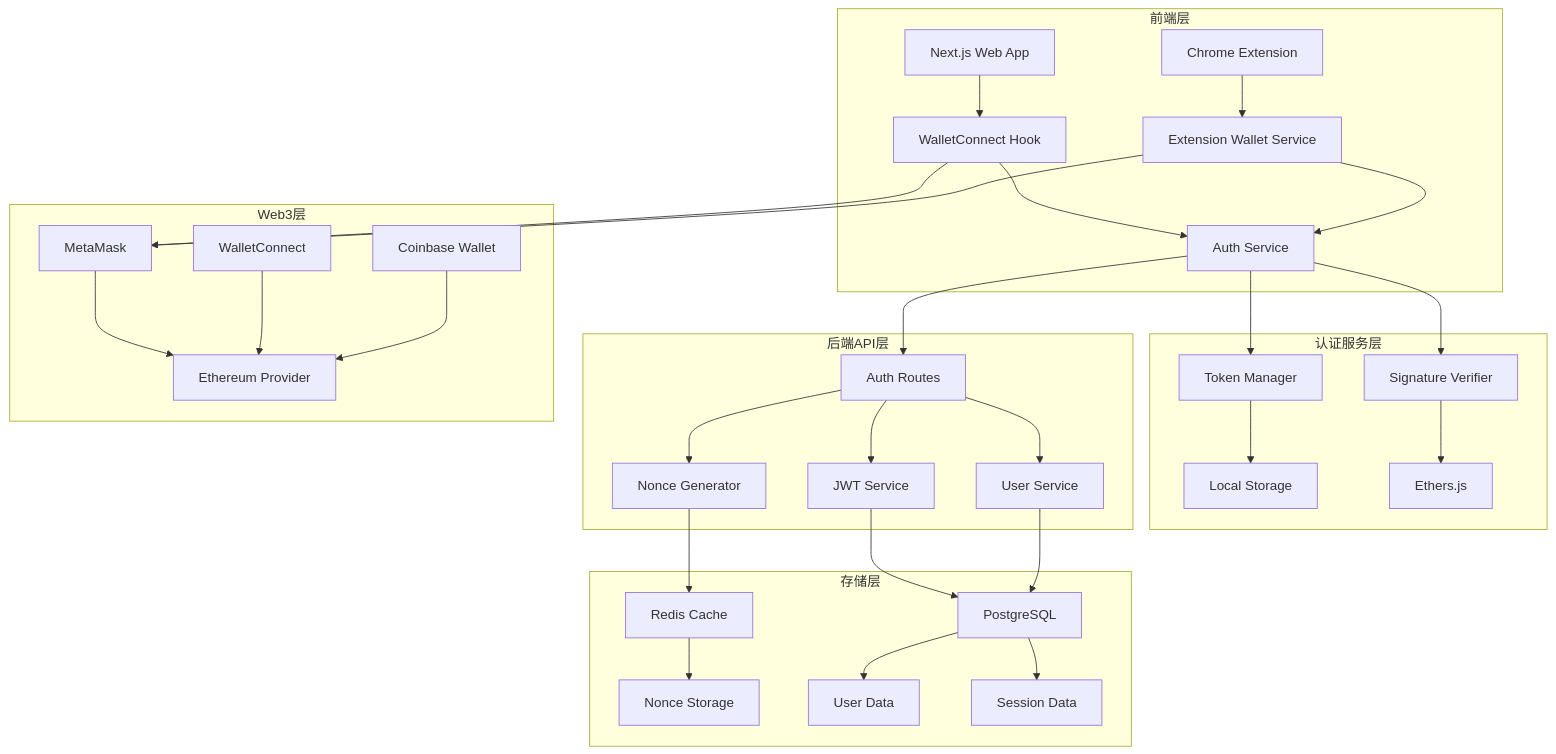
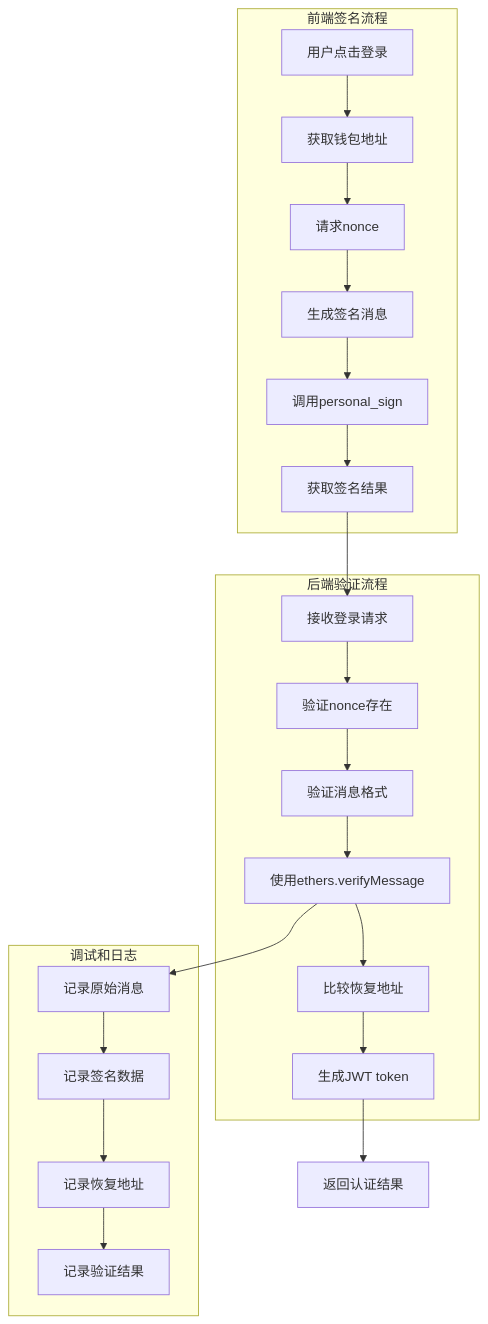
One commit to arunisean/robots changed the first of 2 diagrams in .kiro/specs/web3-wallet-authentication/design.md. Above: the diagram before and after it, drawn with Mermaid. The commit also changed other lines of this file and 9 other files, not shown here.

````diff
--- a/.kiro/specs/web3-wallet-authentication/design.md
+++ b/.kiro/specs/web3-wallet-authentication/design.md
@@ -11,41 +11,28 @@
 ```mermaid
 graph TB
-    subgraph "前端层"
-        A[Next.js Web App] --> B[WalletConnect Hook]
-        C[Chrome Extension] --> D[Extension Wallet Service]
-        B --> E[Auth Service]
-        D --> E
+    subgraph "前端签名流程"
+        A[用户点击登录] --> B[获取钱包地址]
+        B --> C[请求nonce]
+        C --> D[生成签名消息]
+        D --> E[调用personal_sign]
+        E --> F[获取签名结果]
     end
     
-    subgraph "认证服务层"
-        E --> F[Token Manager]
-        E --> G[Signature Verifier]
-        F --> H[Local Storage]
-        G --> I[Ethers.js]
+    subgraph "后端验证流程"
+        G[接收登录请求] --> H[验证nonce存在]
+        H --> I[验证消息格式]
+        I --> J[使用ethers.verifyMessage]
+        J --> K[比较恢复地址]
+        K --> L[生成JWT token]
     end
     
-    subgraph "后端API层"
-        J[Auth Routes] --> K[Nonce Generator]
-        J --> L[JWT Service]
-        J --> M[User Service]
+    subgraph "调试和日志"
+        M[记录原始消息] --> N[记录签名数据]
+        N --> O[记录恢复地址]
+        O --> P[记录验证结果]
     end
     
-    subgraph "存储层"
-        N[Redis Cache] --> O[Nonce Storage]
-        P[PostgreSQL] --> Q[User Data]
-        P --> R[Session Data]
-    end
-    
-    subgraph "Web3层"
-        S[MetaMask] --> T[Ethereum Provider]
-        U[WalletConnect] --> T
-        V[Coinbase Wallet] --> T
-    end
-    
-    E --> J
-    K --> N
-    L --> P
-    M --> P
-    B --> S
-    D --> S
+    F --> G
+    J --> M
+    L --> Q[返回认证结果]
 ```
````
